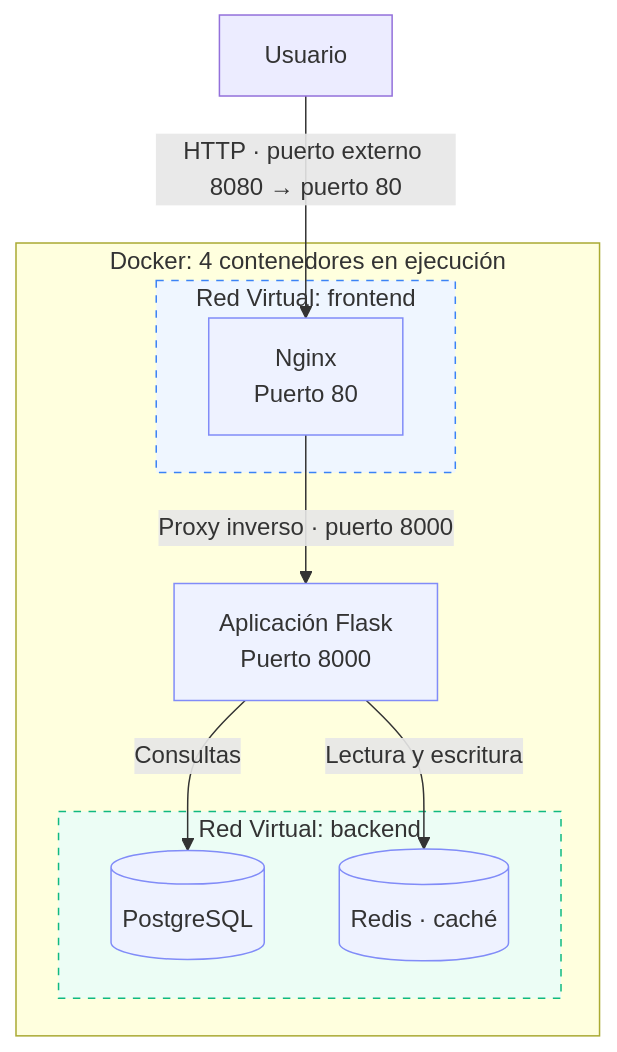
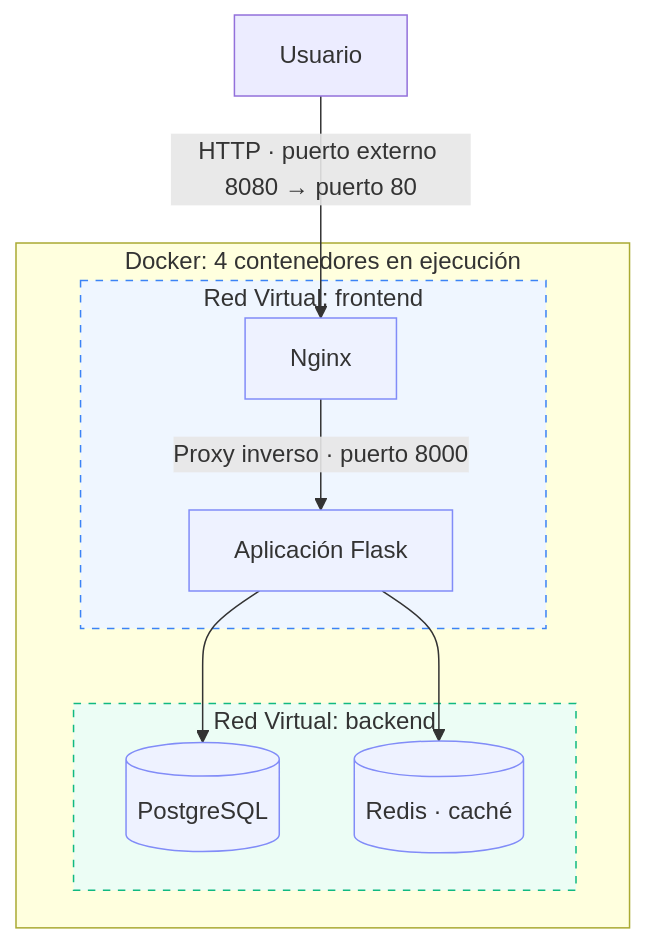
One commit to GenaroCerda/containerized_web_service_ci changed the diagram in README.md. Above: the diagram before and after it, drawn with Mermaid.

Commit message:
Add readme graph

````diff
--- a/README.md
+++ b/README.md
@@ -1,31 +1,29 @@
 ```mermaid
 flowchart TD
     usuario["Usuario"]
 
     subgraph dockerStack["Docker: 4 contenedores en ejecución"]
         
         subgraph frontend["Red Virtual: frontend"]
-            container1["Nginx<br/>Puerto 80"]
+            container1["Nginx<br/>"]
+            container2["Aplicación Flask<br/>"]
         end
 
         subgraph backend["Red Virtual: backend"]
             container3[("PostgreSQL")]
             container4[("Redis · caché")]
         end
-        
-        %% La aplicación vive en la intersección, pero la ponemos aquí visualmente
-        container2["Aplicación Flask<br/>Puerto 8000"]
 
         container1 -->|"Proxy inverso · puerto 8000"| container2
-        container2 -->|"Consultas"| container3
-        container2 -->|"Lectura y escritura"| container4
+        container2 --> container3
+        container2 --> container4
     end
 
     usuario -->|"HTTP · puerto externo 8080 → puerto 80"| container1
 
     classDef container stroke:#818cf8,fill:#eef2ff
     class container1,container2,container3,container4 container
     
     style frontend stroke:#3b82f6,fill:#eff6ff,stroke-dasharray: 5 5
     style backend stroke:#10b981,fill:#ecfdf5,stroke-dasharray: 5 5
 ```
````
